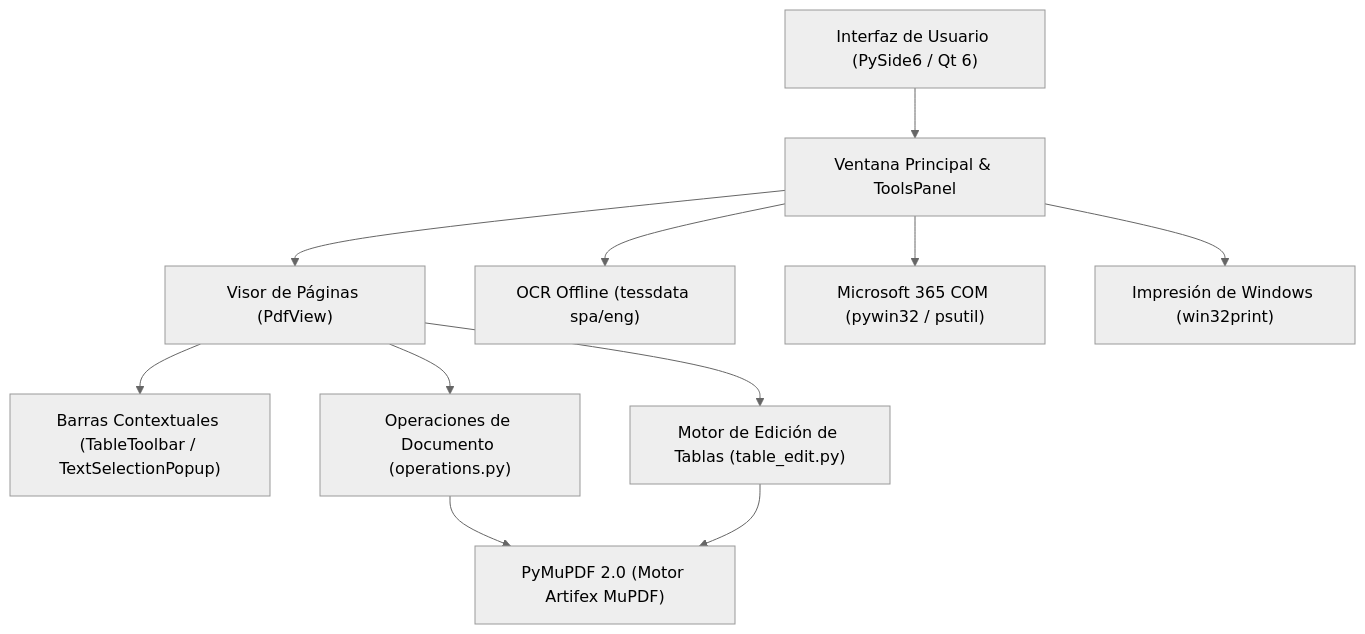
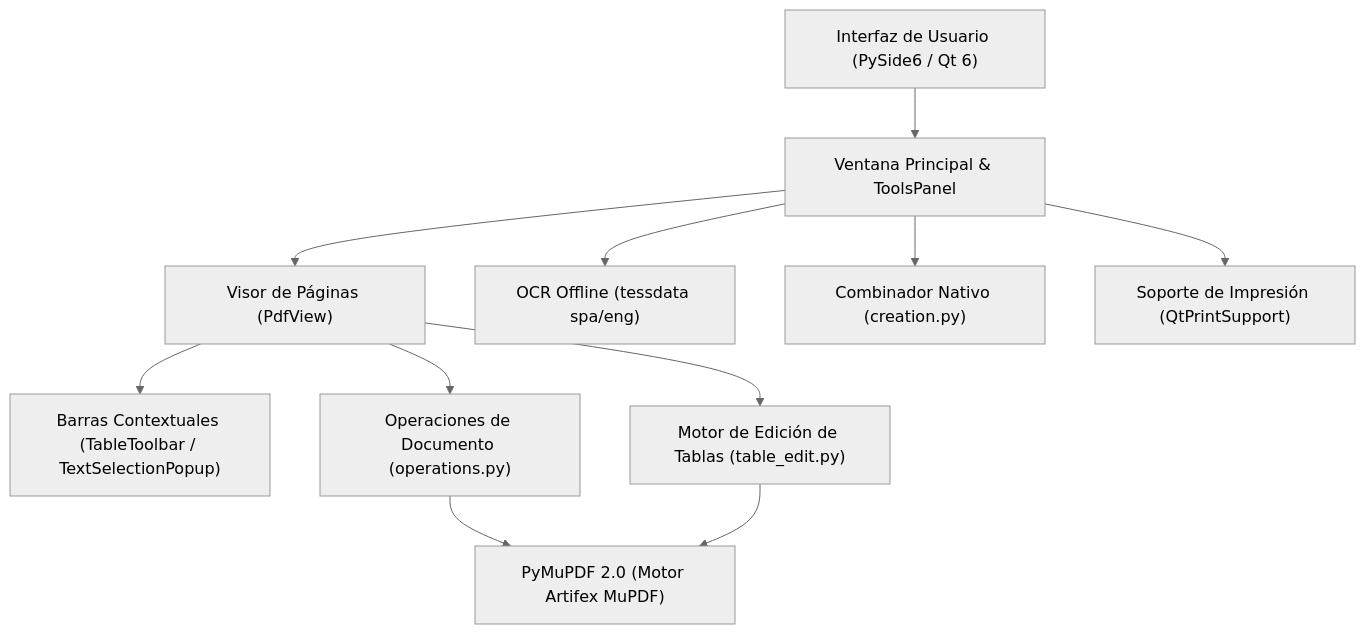
The second of 2 diagrams in README.md (Fede1771/Editor-portable), drawn with Mermaid (neutral theme) before and after one commit. The commit also changed other lines of this file and 14 other files, not shown here.

````diff
--- a/README.md
+++ b/README.md
@@ -258,12 +253,12 @@
 ```mermaid
 graph TD
     UI["Interfaz de Usuario (PySide6 / Qt 6)"] --> Main["Ventana Principal & ToolsPanel"]
     Main --> Viewer["Visor de Páginas (PdfView)"]
     Viewer --> Popups["Barras Contextuales (TableToolbar / TextSelectionPopup)"]
     Viewer --> Ops["Operaciones de Documento (operations.py)"]
     Viewer --> TableEngine["Motor de Edición de Tablas (table_edit.py)"]
     Ops & TableEngine --> CoreMuPDF["PyMuPDF 2.0 (Motor Artifex MuPDF)"]
     Main --> LocalOCR["OCR Offline (tessdata spa/eng)"]
-    Main --> OfficeCOM["Microsoft 365 COM (pywin32 / psutil)"]
-    Main --> PrintSubsystem["Impresión de Windows (win32print)"]
+    Main --> Combiner["Combinador Nativo (creation.py)"]
+    Main --> PrintSubsystem["Soporte de Impresión (QtPrintSupport)"]
 ```
````
